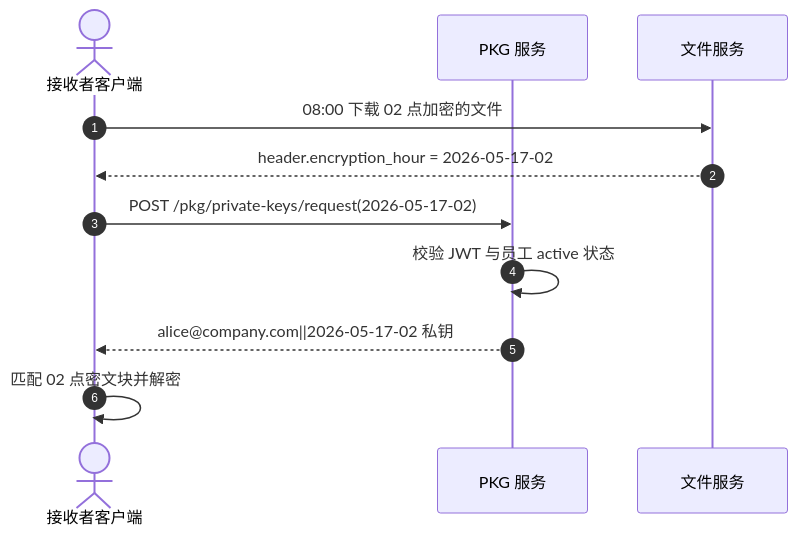
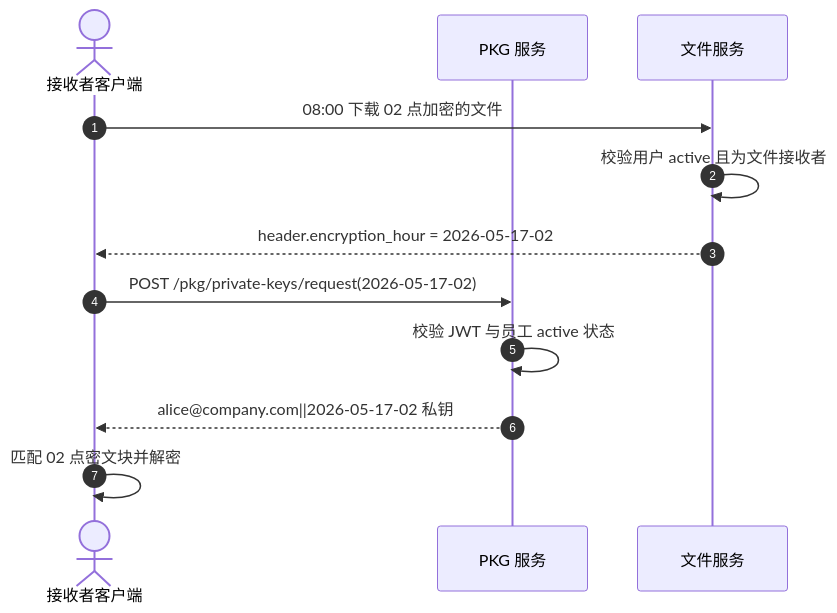
Before and after one commit to firfisa/BF-IBE: the fifth of 7 diagrams in docs/diagrams.md, drawn with Mermaid. The commit also changed other lines of this file and 4 other files, not shown here.

````diff
--- a/docs/diagrams.md
+++ b/docs/diagrams.md
@@ -84,14 +88,15 @@
 ```mermaid
 sequenceDiagram
   autonumber
   actor Client as 接收者客户端
   participant PKG as PKG 服务
   participant FS as 文件服务
 
   Client->>FS: 08:00 下载 02 点加密的文件
+  FS->>FS: 校验用户 active 且为文件接收者
   FS-->>Client: header.encryption_hour = 2026-05-17-02
   Client->>PKG: POST /pkg/private-keys/request(2026-05-17-02)
   PKG->>PKG: 校验 JWT 与员工 active 状态
   PKG-->>Client: alice@company.com||2026-05-17-02 私钥
   Client->>Client: 匹配 02 点密文块并解密
 ```
````
